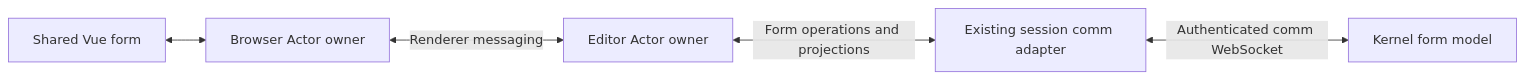
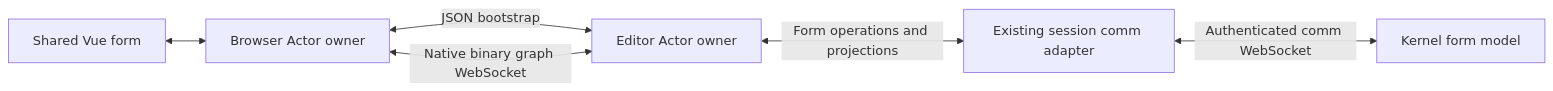
One commit to ghostflyby/Maieutics changed the diagram in docs/architecture/decisions/0054-notebook-form-actor-attachments.md. Above: the diagram before and after it, drawn with Mermaid. The commit also changed other lines of this file and 40 other files, not shown here.

Commit message:
Use native binary graph channels for notebook Actors

````diff
--- a/docs/architecture/decisions/0054-notebook-form-actor-attachments.md
+++ b/docs/architecture/decisions/0054-notebook-form-actor-attachments.md
@@ -18,7 +18,8 @@
 ```mermaid
 flowchart LR
     Vue[Shared Vue form] <--> Browser[Browser Actor owner]
-    Browser <-->|Renderer messaging| Host[Editor Actor owner]
+    Browser <-->|JSON bootstrap| Host[Editor Actor owner]
+    Browser <-->|Native binary graph WebSocket| Host
     Host <-->|Form operations and projections| Bridge[Existing session comm adapter]
     Bridge <-->|Authenticated comm WebSocket| Kernel[Kernel form model]
 ```
````
